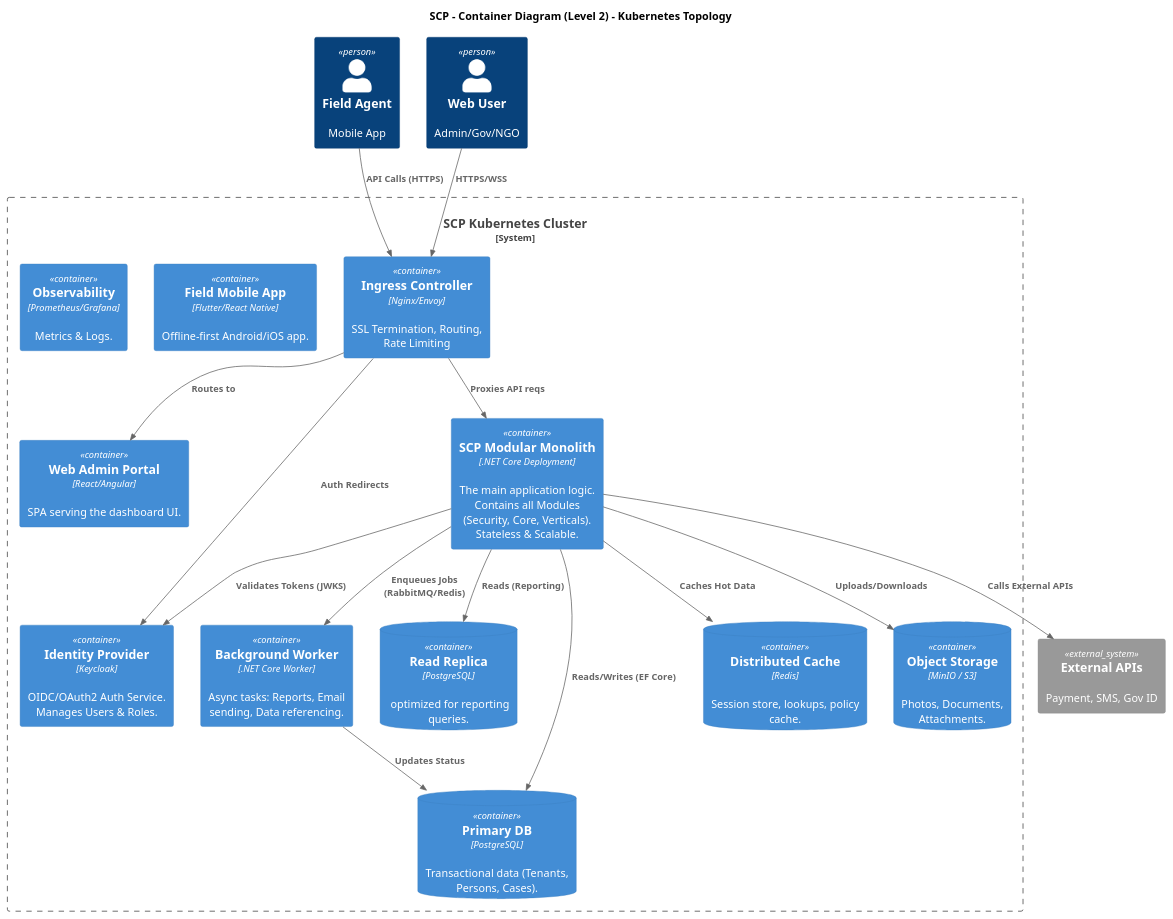
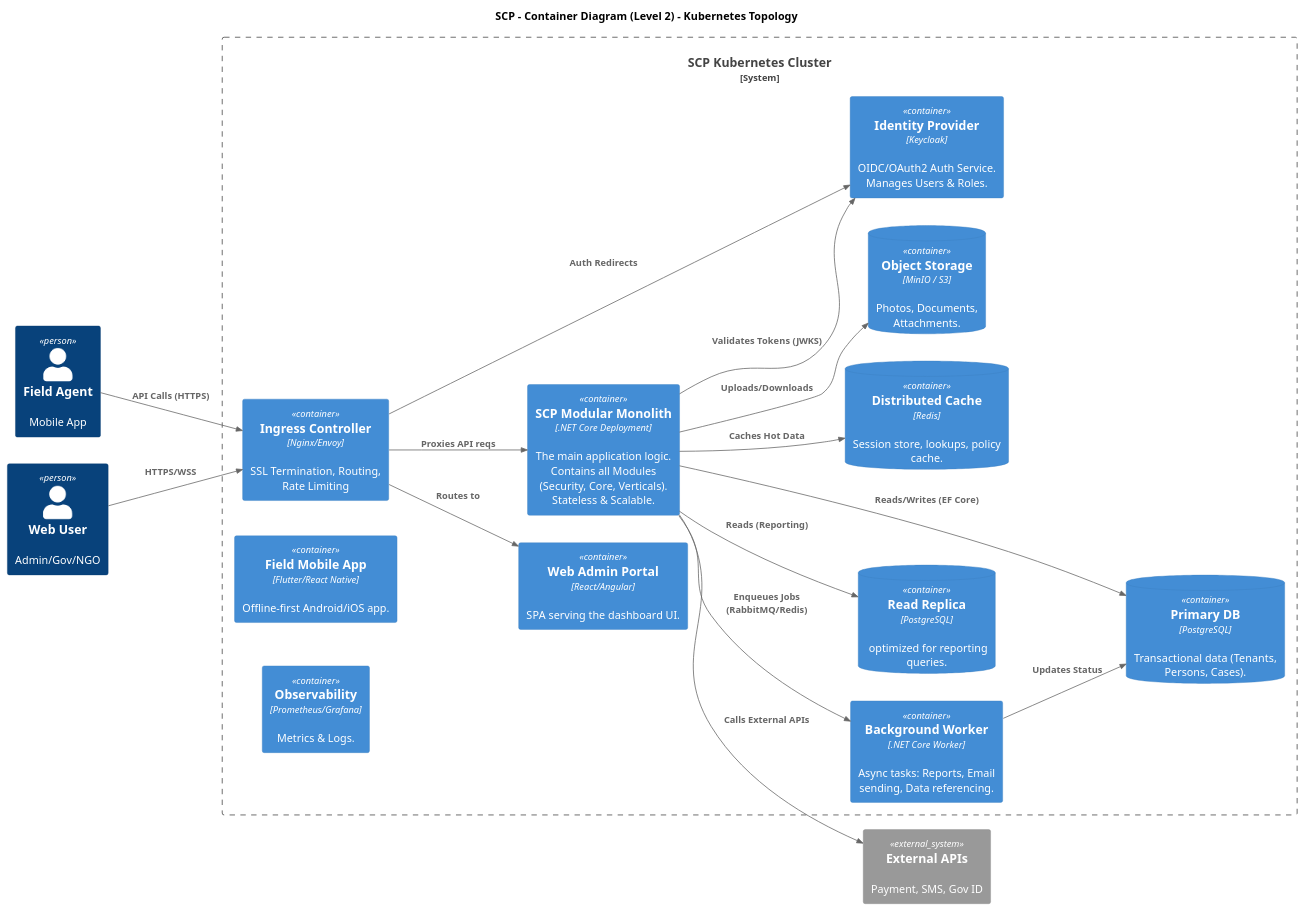
Before and after one commit to nisalatp/scp-spec: the diagram in Docs/Diagrams/02-Container-Modular-Monolith.puml, drawn with PlantUML. The commit also changed 189 other files, not shown here.

Commit message:
Updated with UML diagrams

```diff
--- a/Docs/Diagrams/02-Container-Modular-Monolith.puml
+++ b/Docs/Diagrams/02-Container-Modular-Monolith.puml
@@ -1,57 +1,58 @@
 @startuml
 !include https://raw.githubusercontent.com/plantuml-stdlib/C4-PlantUML/master/C4_Container.puml
 
-TITLE SCP - Container Diagram (Level 2) - Kubernetes Topology
+title SCP - Container Diagram (Level 2) - Kubernetes Topology
+left to right direction
 
 ' Users
 Person(agent, "Field Agent", "Mobile App")
 Person(web_user, "Web User", "Admin/Gov/NGO")
 
 System_Boundary(k8s_cluster, "SCP Kubernetes Cluster") {
     
     ' Ingress
     Container(ingress, "Ingress Controller", "Nginx/Envoy", "SSL Termination, Routing, Rate Limiting")
 
     ' Apps
     Container(web_spa, "Web Admin Portal", "React/Angular", "SPA serving the dashboard UI.")
     Container(mobile_app, "Field Mobile App", "Flutter/React Native", "Offline-first Android/iOS app.")
 
     ' Core Services
     Container(idp, "Identity Provider", "Keycloak", "OIDC/OAuth2 Auth Service.\nManages Users & Roles.")
     
     Container(monolith, "SCP Modular Monolith", ".NET Core Deployment", "The main application logic.\nContains all Modules (Security, Core, Verticals).\nStateless & Scalable.")
     
     Container(job_worker, "Background Worker", ".NET Core Worker", "Async tasks: Reports, Email sending, Data referencing.")
 
     ' Data Stores
     ContainerDb(db_read, "Read Replica", "PostgreSQL", " optimized for reporting queries.")
     ContainerDb(db_write, "Primary DB", "PostgreSQL", "Transactional data (Tenants, Persons, Cases).")
     ContainerDb(redis, "Distributed Cache", "Redis", "Session store, lookups, policy cache.")
     ContainerDb(obj_store, "Object Storage", "MinIO / S3", "Photos, Documents, Attachments.")
     
     ' Monitoring
     Container(prom, "Observability", "Prometheus/Grafana", "Metrics & Logs.")
 }
 
 System_Ext(ext_api, "External APIs", "Payment, SMS, Gov ID")
 
 ' Flows
 Rel(agent, ingress, "API Calls (HTTPS)")
 Rel(web_user, ingress, "HTTPS/WSS")
 
 Rel(ingress, web_spa, "Routes to")
 Rel(ingress, monolith, "Proxies API reqs")
 Rel(ingress, idp, "Auth Redirects")
 
 Rel(monolith, idp, "Validates Tokens (JWKS)")
 Rel(monolith, db_write, "Reads/Writes (EF Core)")
 Rel(monolith, db_read, "Reads (Reporting)")
 Rel(monolith, redis, "Caches Hot Data")
 Rel(monolith, obj_store, "Uploads/Downloads")
 
 Rel(monolith, job_worker, "Enqueues Jobs (RabbitMQ/Redis)")
 Rel(job_worker, db_write, "Updates Status")
 
 Rel(monolith, ext_api, "Calls External APIs")
 
 @enduml
```
